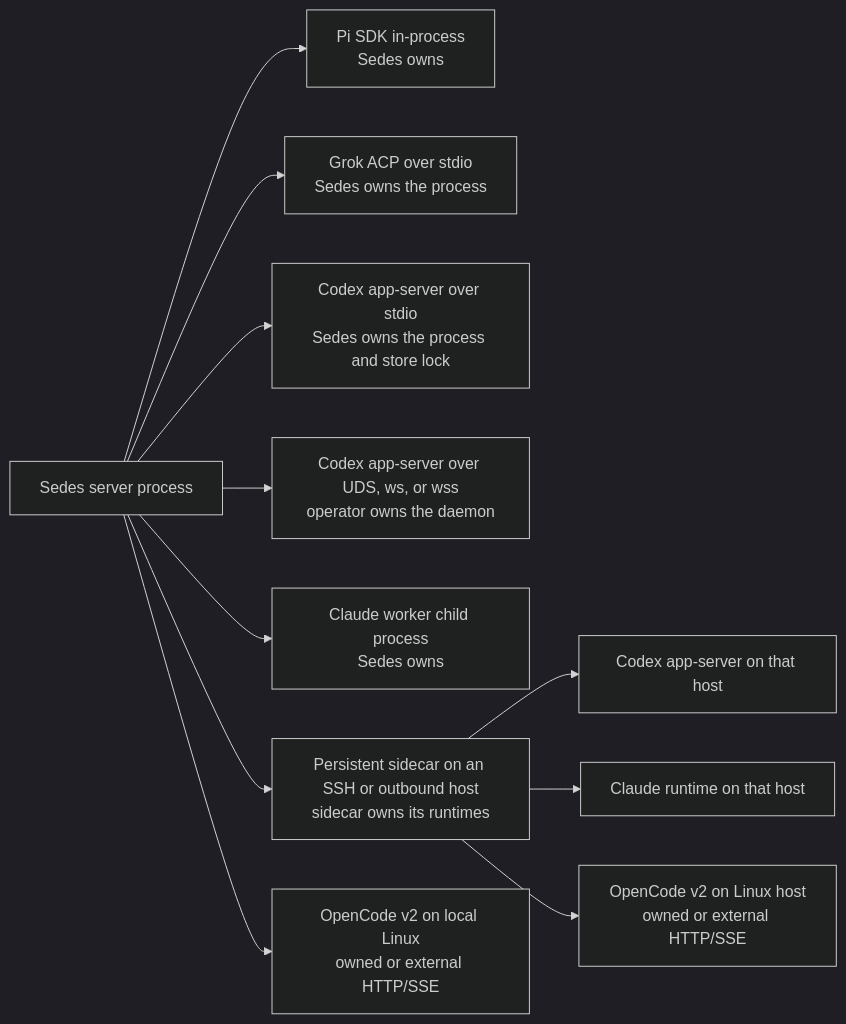
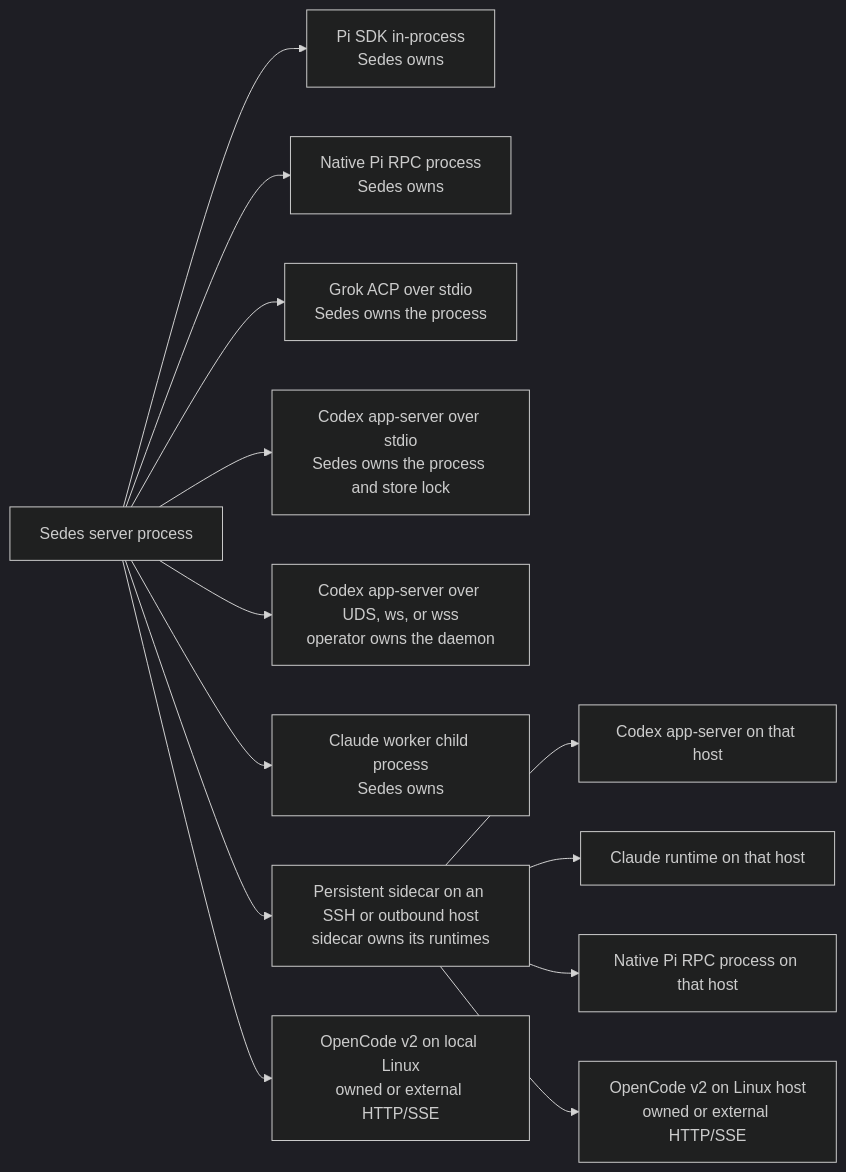
One commit to kcosr/sedes changed the second of 5 diagrams in docs/operator/connections.md. Above: the diagram before and after it, drawn with Mermaid (dark theme). The commit also changed other lines of this file and 258 other files, not shown here.

Commit message:
Add native Pi RPC backend with durable session recovery

````diff
--- a/docs/operator/connections.md
+++ b/docs/operator/connections.md
@@ -61,13 +62,15 @@
 ```mermaid
 flowchart LR
   S[Sedes server process] --> PI[Pi SDK in-process<br/>Sedes owns]
+  S --> PIN[Native Pi RPC process<br/>Sedes owns]
   S --> GK[Grok ACP over stdio<br/>Sedes owns the process]
   S --> CXO[Codex app-server over stdio<br/>Sedes owns the process and store lock]
   S --> CXE[Codex app-server over UDS, ws, or wss<br/>operator owns the daemon]
   S --> CW[Claude worker child process<br/>Sedes owns]
   S --> SC[Persistent sidecar on an SSH or outbound host<br/>sidecar owns its runtimes]
   SC --> RCX[Codex app-server on that host]
   SC --> RCL[Claude runtime on that host]
+  SC --> RPI[Native Pi RPC process on that host]
   S --> OCL[OpenCode v2 on local Linux<br/>owned or external HTTP/SSE]
   SC --> OCR[OpenCode v2 on Linux host<br/>owned or external HTTP/SSE]
 ```
````
